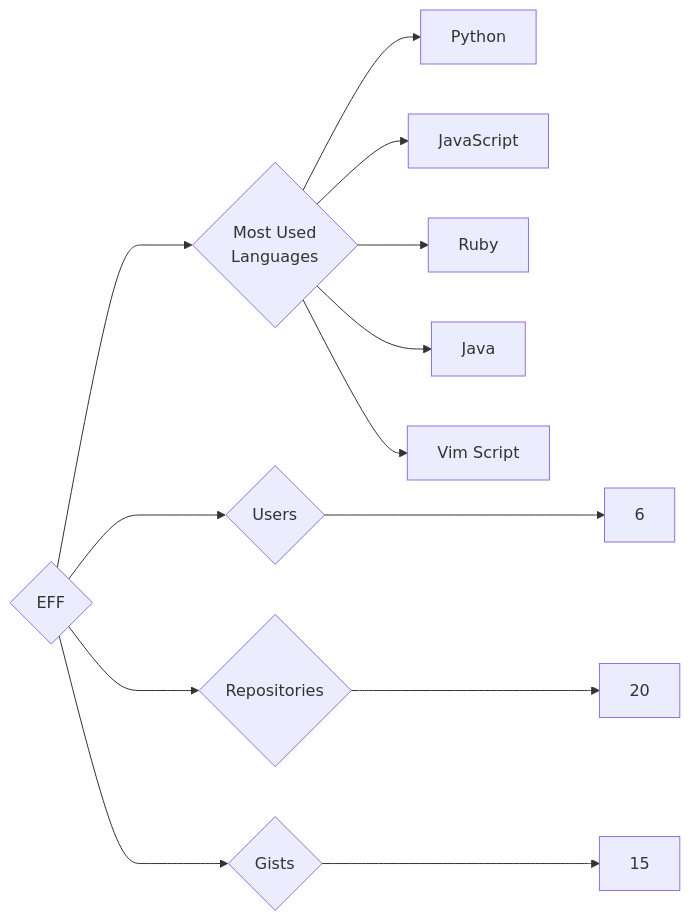
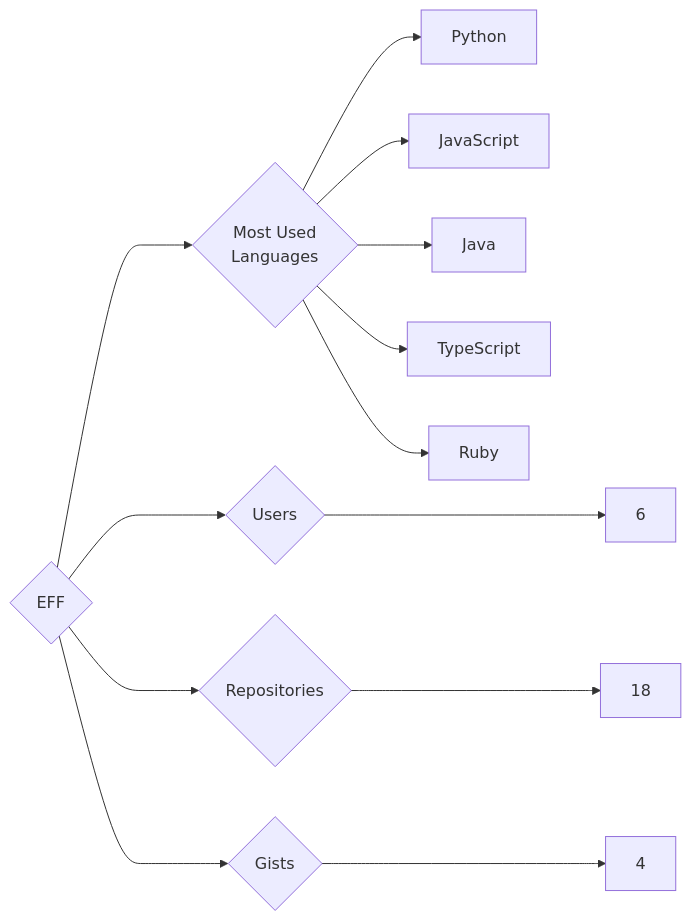
One commit to trickest/insiders changed the diagram in targets/EFF/README.md. Above: the diagram before and after it, drawn with Mermaid. The commit also changed 1195 other files, not shown here.

````diff
--- a/targets/EFF/README.md
+++ b/targets/EFF/README.md
@@ -3,13 +3,13 @@
 ```mermaid
 graph LR
 COMPANY_NAME{EFF}
 COMPANY_NAME ---> U{Users} ---> UN[6]
-COMPANY_NAME ---> R{Repositories} ---> RN[20]
-COMPANY_NAME ---> G{Gists} ---> GN[15]
+COMPANY_NAME ---> R{Repositories} ---> RN[18]
+COMPANY_NAME ---> G{Gists} ---> GN[4]
 COMPANY_NAME ---> ML{Most Used<br>Languages}
 ML --> Python[Python]
 ML --> JavaScript[JavaScript]
+ML --> Java[Java]
+ML --> TypeScript[TypeScript]
 ML --> Ruby[Ruby]
-ML --> Java[Java]
-ML --> Vim_Script[Vim Script]
 ```
````
